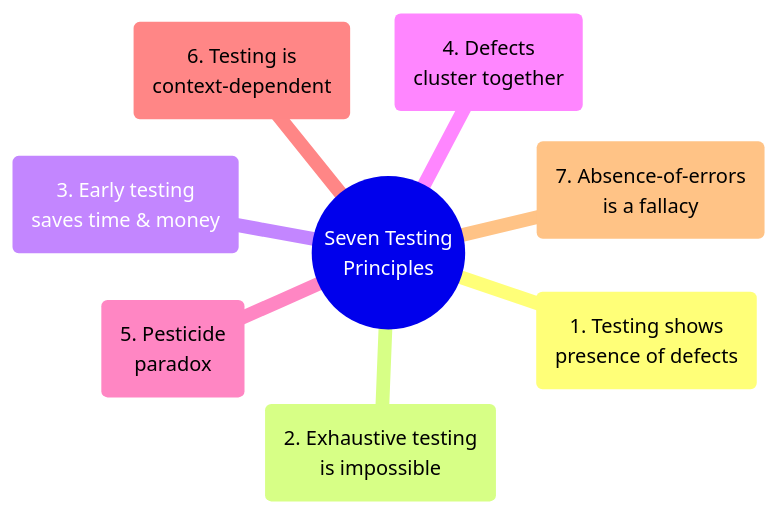
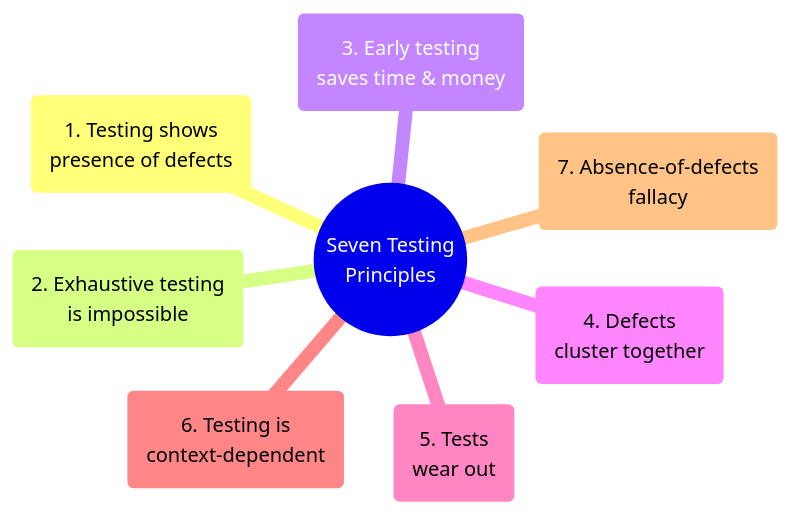
Before and after one commit to ghanendra-sdet/manual-testing-playbook: the fifth of 5 diagrams in Part_01_Software_Testing_Fundamentals.md, drawn with Mermaid. The commit also changed other lines of this file and 15 other files, not shown here.

Commit message:
Fix broken routes and anchors; update OWASP 2025, ISTQB v4.0, WCAG 2.2, Jira/Zephyr naming and pricing; style diagrams

````diff
--- a/Part_01_Software_Testing_Fundamentals.md
+++ b/Part_01_Software_Testing_Fundamentals.md
@@ -950,11 +950,11 @@
 ```mermaid
 mindmap
   root(("Seven Testing<br/>Principles"))
     ("1. Testing shows<br/>presence of defects")
     ("2. Exhaustive testing<br/>is impossible")
     ("3. Early testing<br/>saves time & money")
     ("4. Defects<br/>cluster together")
-    ("5. Pesticide<br/>paradox")
+    ("5. Tests<br/>wear out")
     ("6. Testing is<br/>context-dependent")
-    ("7. Absence-of-errors<br/>is a fallacy")
+    ("7. Absence-of-defects<br/>fallacy")
 ```
````
